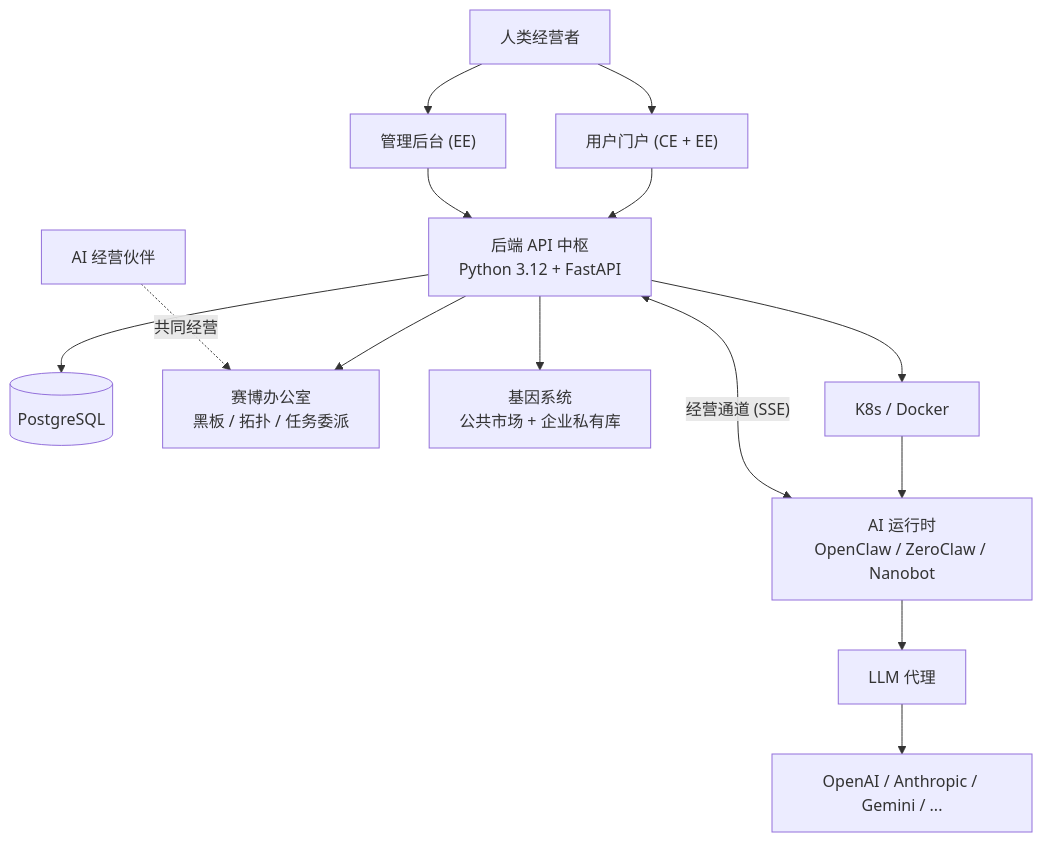
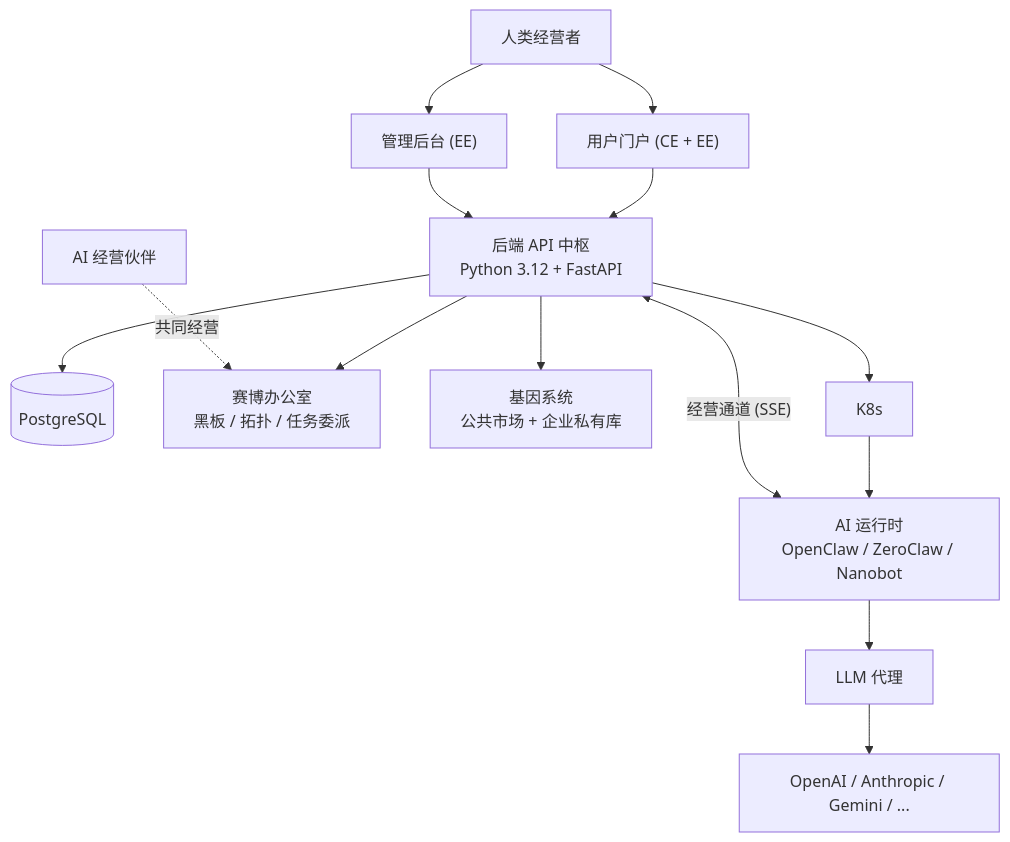
One commit to fengqiliang93/nodeskclaw changed the diagram in README.zh-CN.md. Above: the diagram before and after it, drawn with Mermaid. The commit also changed other lines of this file and 1 other file, not shown here.

Commit message:
docs: README 以 K8s 为主要部署方式，移除 Docker Compose 部署和升级章节

````diff
--- a/README.zh-CN.md
+++ b/README.zh-CN.md
@@ -58,18 +58,18 @@
 ```mermaid
 graph TD
     Human["人类经营者"] --> Portal["用户门户 (CE + EE)"]
     Human --> AdminUI["管理后台 (EE)"]
     Portal --> API["后端 API 中枢<br>Python 3.12 + FastAPI"]
     AdminUI --> API
 
     API --> DB[(PostgreSQL)]
     API --> CW["赛博办公室<br>黑板 / 拓扑 / 任务委派"]
     API --> Gene["基因系统<br>公共市场 + 企业私有库"]
-    API --> Compute["K8s / Docker"]
+    API --> Compute["K8s"]
 
     Compute --> Runtime["AI 运行时<br>OpenClaw / ZeroClaw / Nanobot"]
     Runtime <-->|"经营通道 (SSE)"| API
     Runtime --> LLM["LLM 代理"] --> Providers["OpenAI / Anthropic / Gemini / ..."]
 
     AIPartners["AI 经营伙伴"] -.->|"共同经营"| CW
 ```
````
